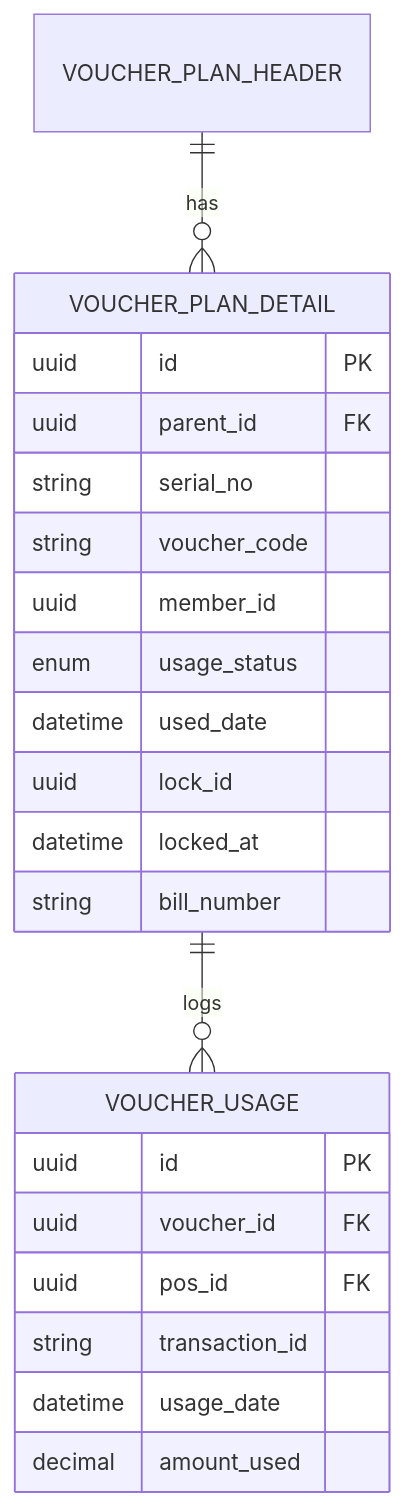
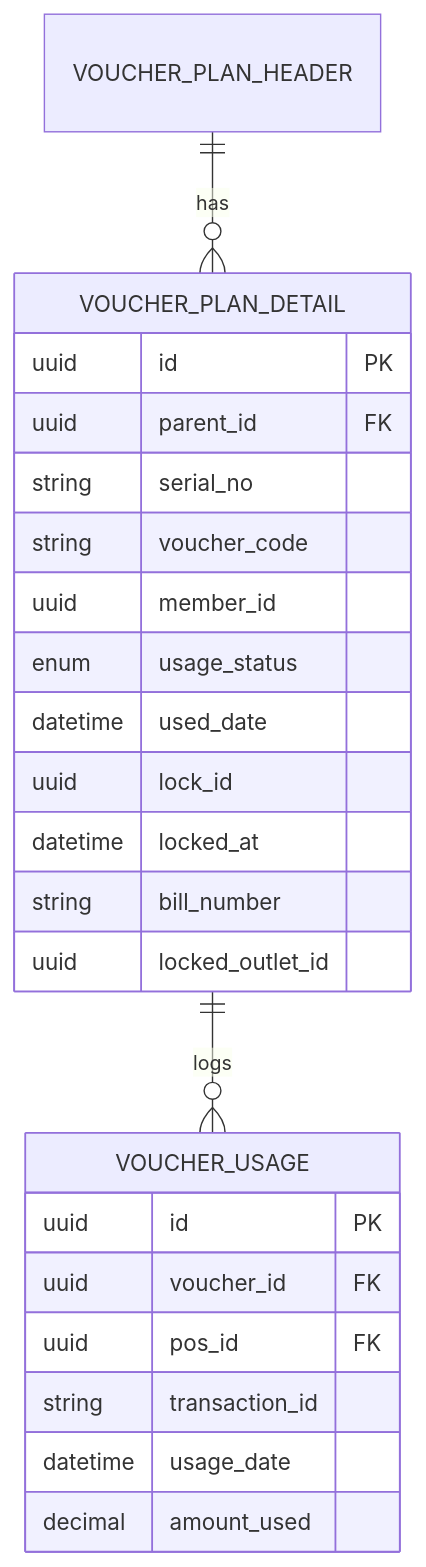
Before and after one commit to lamhongbac/NonCash: the ninth of 9 diagrams in .qoder/repowiki/en/content/Business Logic and Workflows/POS Redemption and Security Mechanisms.md, drawn with Mermaid. The commit also changed other lines of this file and 13 other files, not shown here.

````diff
--- a/.qoder/repowiki/en/content/Business Logic and Workflows/POS Redemption and Security Mechanisms.md
+++ b/.qoder/repowiki/en/content/Business Logic and Workflows/POS Redemption and Security Mechanisms.md
@@ -442,25 +503,26 @@
 ```mermaid
 erDiagram
 VOUCHER_PLAN_DETAIL {
 uuid id PK
 uuid parent_id FK
 string serial_no
 string voucher_code
 uuid member_id
 enum usage_status
 datetime used_date
 uuid lock_id
 datetime locked_at
 string bill_number
+uuid locked_outlet_id
 }
 VOUCHER_USAGE {
 uuid id PK
 uuid voucher_id FK
 uuid pos_id FK
 string transaction_id
 datetime usage_date
 decimal amount_used
 }
 VOUCHER_PLAN_HEADER ||--o{ VOUCHER_PLAN_DETAIL : "has"
 VOUCHER_PLAN_DETAIL ||--o{ VOUCHER_USAGE : "logs"
 ```
````
